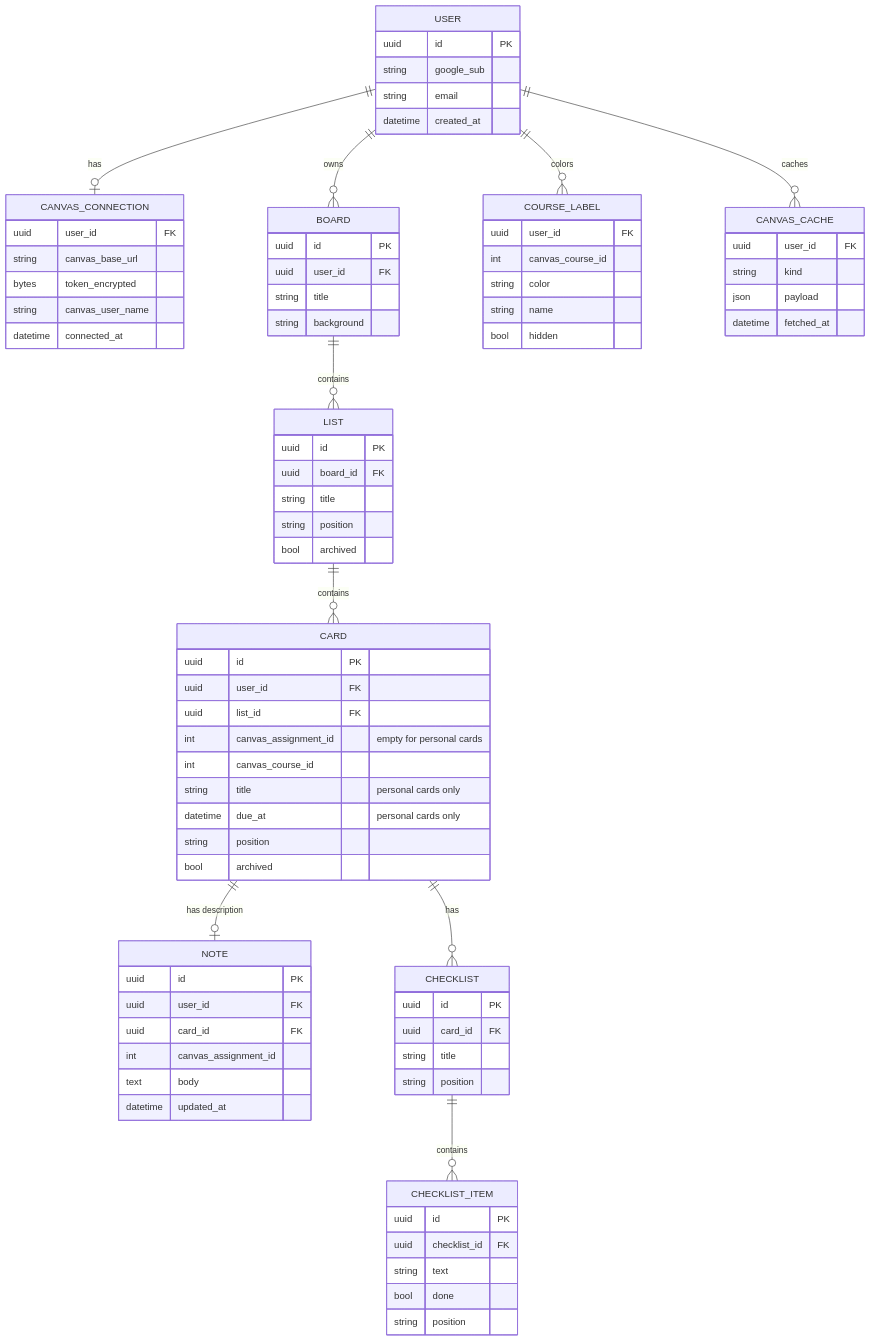
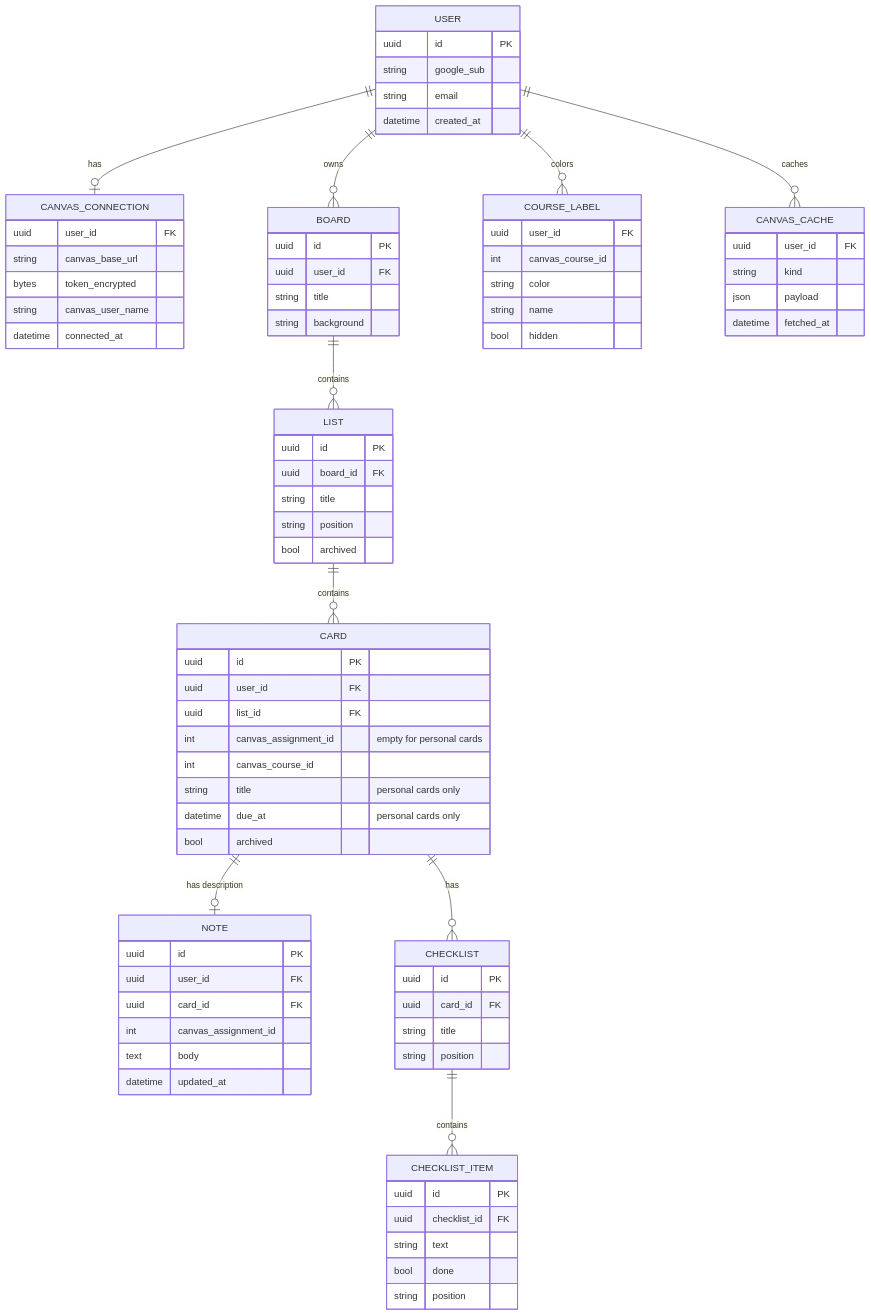
The second of 6 diagrams in docs/canvas-portal/03-design.md (bbranton/TestProj), drawn with Mermaid before and after one commit. The commit also changed other lines of this file and 4 other files, not shown here.

```diff
--- a/docs/canvas-portal/03-design.md
+++ b/docs/canvas-portal/03-design.md
@@ -105,7 +105,6 @@
         int canvas_course_id
         string title "personal cards only"
         datetime due_at "personal cards only"
-        string position
         bool archived
     }
     NOTE {
```
